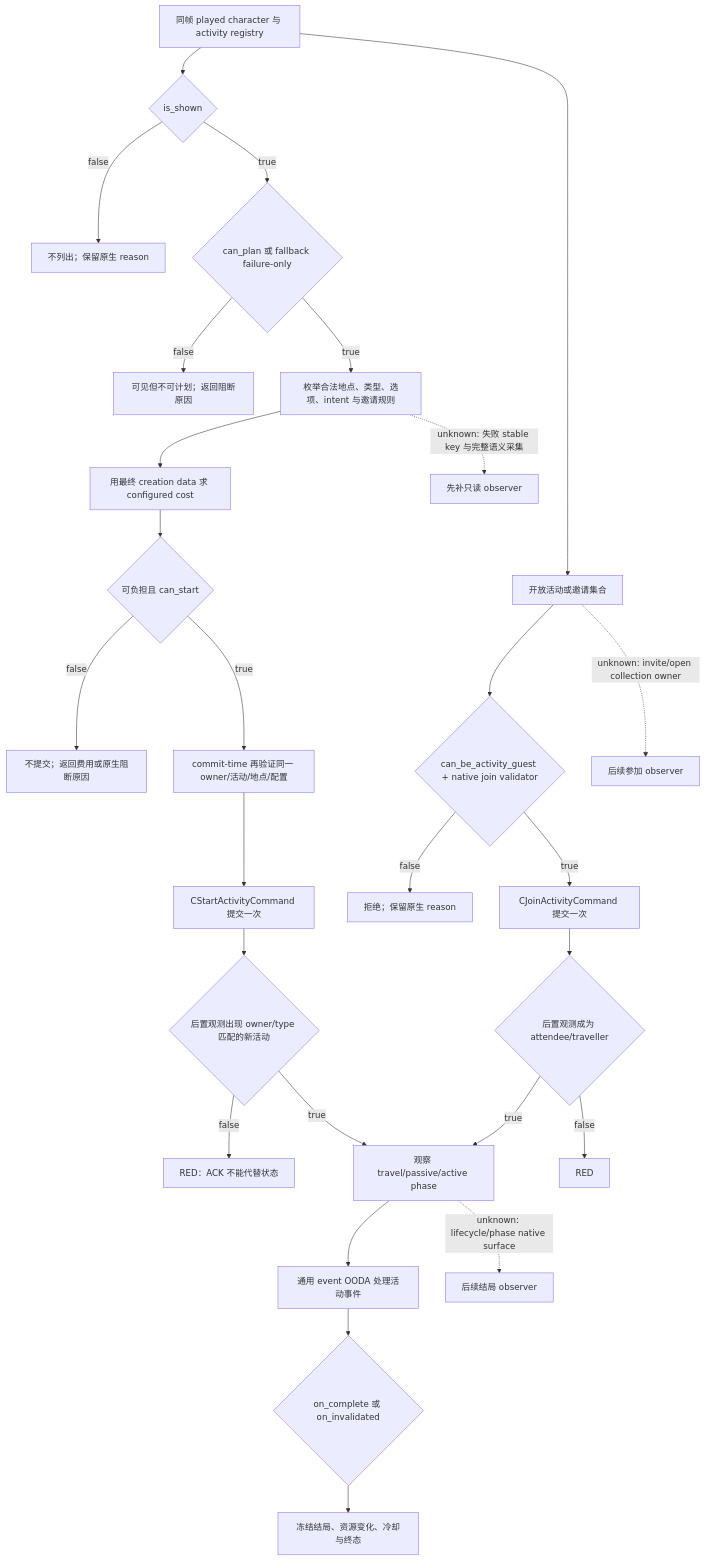
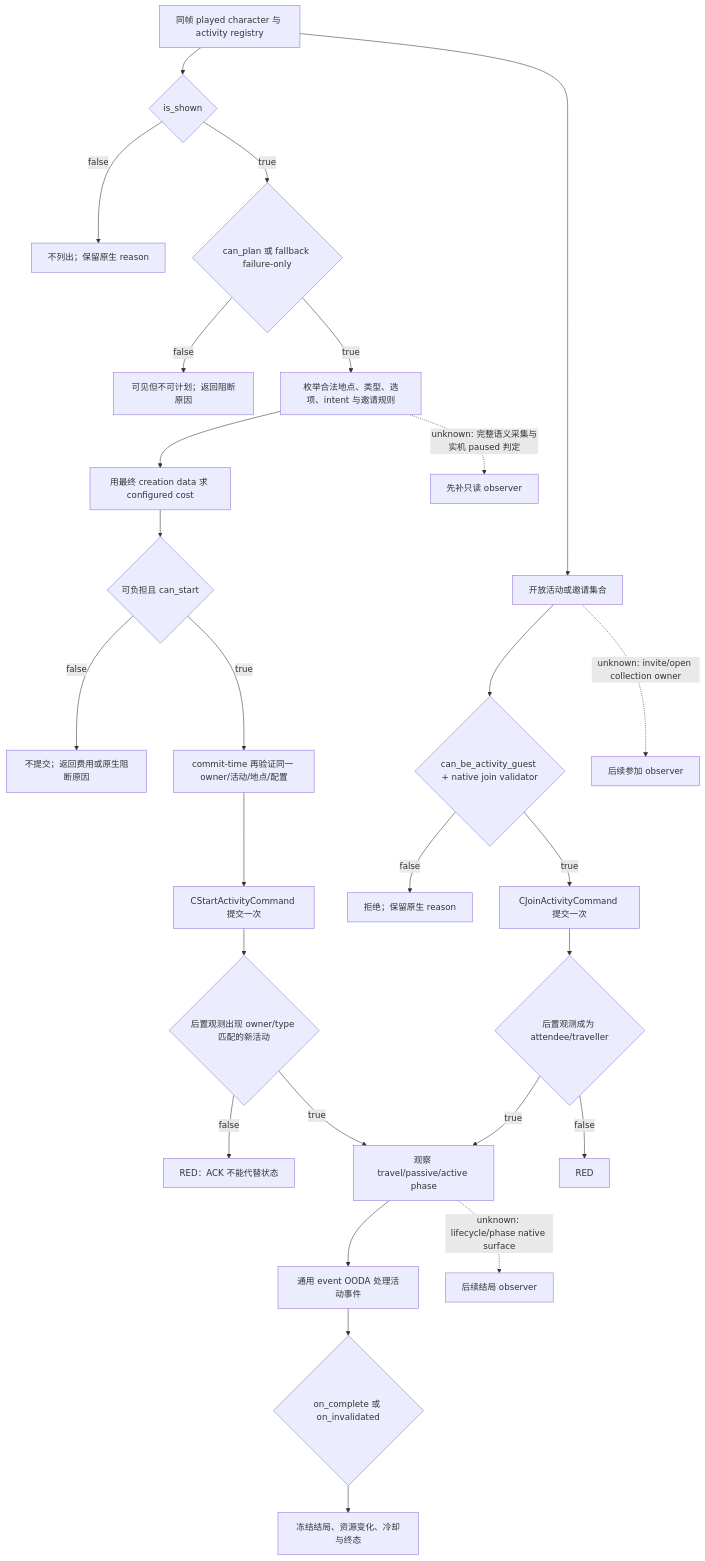
The first of 2 diagrams in docs/ck3-native-ai/non-religious-activities.md (XenoAmess/ck3_eternal_recurrence), drawn with Mermaid before and after one commit. The commit also changed other lines of this file and 7 other files, not shown here.

````diff
--- a/docs/ck3-native-ai/non-religious-activities.md
+++ b/docs/ck3-native-ai/non-religious-activities.md
@@ -62,31 +62,31 @@
 ```mermaid
 flowchart TD
     A[同帧 played character 与 activity registry] --> B{is_shown}
     B -- false --> X[不列出；保留原生 reason]
     B -- true --> C{can_plan 或 fallback failure-only}
     C -- false --> Y[可见但不可计划；返回阻断原因]
     C -- true --> D[枚举合法地点、类型、选项、intent 与邀请规则]
     D --> E[用最终 creation data 求 configured cost]
     E --> F{可负担且 can_start}
     F -- false --> Z[不提交；返回费用或原生阻断原因]
     F -- true --> G[commit-time 再验证同一 owner/活动/地点/配置]
     G --> H[CStartActivityCommand 提交一次]
     H --> I{后置观测出现 owner/type 匹配的新活动}
     I -- false --> R[RED：ACK 不能代替状态]
     I -- true --> J[观察 travel/passive/active phase]
     J --> K[通用 event OODA 处理活动事件]
     K --> L{on_complete 或 on_invalidated}
     L --> M[冻结结局、资源变化、冷却与终态]
 
     A --> N[开放活动或邀请集合]
     N --> O{can_be_activity_guest + native join validator}
     O -- false --> P[拒绝；保留原生 reason]
     O -- true --> Q[CJoinActivityCommand 提交一次]
     Q --> S{后置观测成为 attendee/traveller}
     S -- false --> T[RED]
     S -- true --> J
 
-    D -. unknown: 失败 stable key 与完整语义采集 .-> U[先补只读 observer]
+    D -. unknown: 完整语义采集与实机 paused 判定 .-> U[先补只读 observer]
     N -. unknown: invite/open collection owner .-> V[后续参加 observer]
     J -. unknown: lifecycle/phase native surface .-> W[后续结局 observer]
 ```
````
